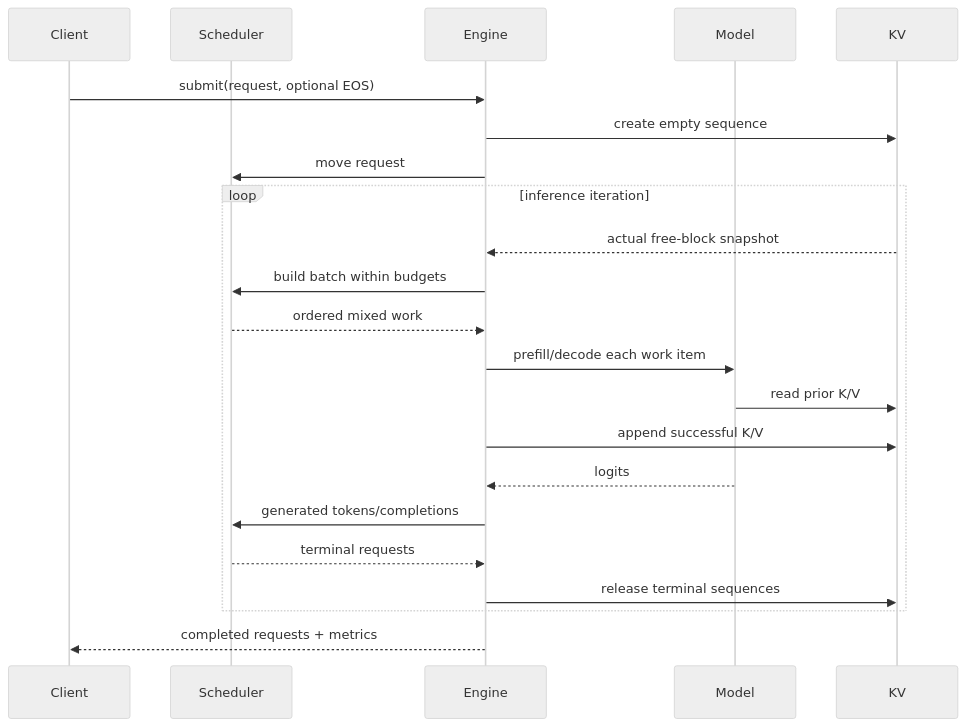
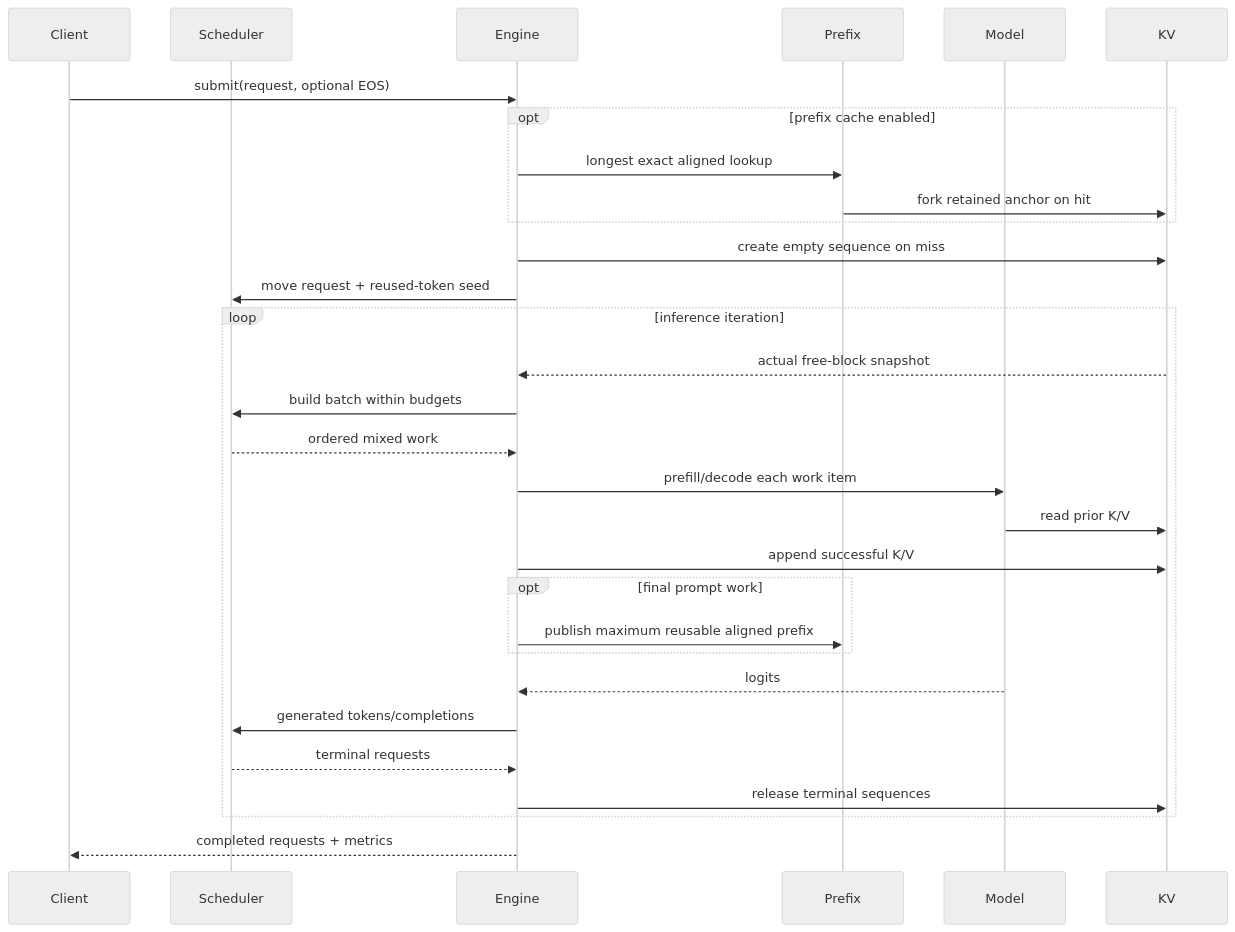
One commit to parthpandya5/helix-runtime changed diagram 12 of 12 in docs/ARCHITECTURE.md. Above: the diagram before and after it, drawn with Mermaid (neutral theme). The commit also changed other lines of this file and 11 other files, not shown here.

Commit message:
docs(kv): complete prefix cache engineering record

````diff
--- a/docs/ARCHITECTURE.md
+++ b/docs/ARCHITECTURE.md
@@ -587,24 +615,32 @@
 ```mermaid
 sequenceDiagram
     participant Client
     participant Scheduler
     participant Engine
+    participant Prefix
     participant Model
     participant KV
     Client->>Engine: submit(request, optional EOS)
-    Engine->>KV: create empty sequence
-    Engine->>Scheduler: move request
+    opt prefix cache enabled
+        Engine->>Prefix: longest exact aligned lookup
+        Prefix->>KV: fork retained anchor on hit
+    end
+    Engine->>KV: create empty sequence on miss
+    Engine->>Scheduler: move request + reused-token seed
     loop inference iteration
         KV-->>Engine: actual free-block snapshot
         Engine->>Scheduler: build batch within budgets
         Scheduler-->>Engine: ordered mixed work
         Engine->>Model: prefill/decode each work item
         Model->>KV: read prior K/V
         Engine->>KV: append successful K/V
+        opt final prompt work
+            Engine->>Prefix: publish maximum reusable aligned prefix
+        end
         Model-->>Engine: logits
         Engine->>Scheduler: generated tokens/completions
         Scheduler-->>Engine: terminal requests
         Engine->>KV: release terminal sequences
     end
     Engine-->>Client: completed requests + metrics
 ```
````
